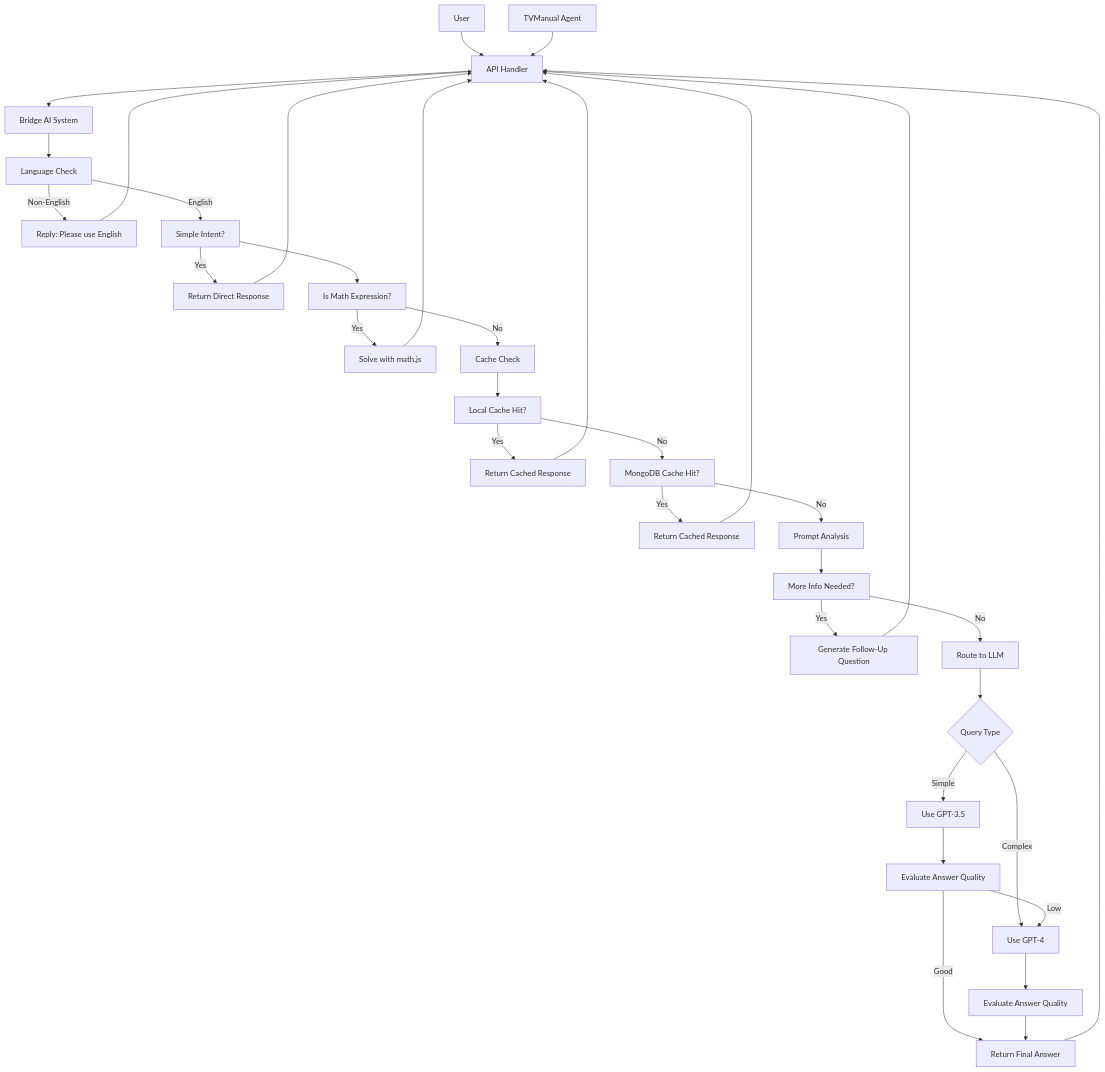
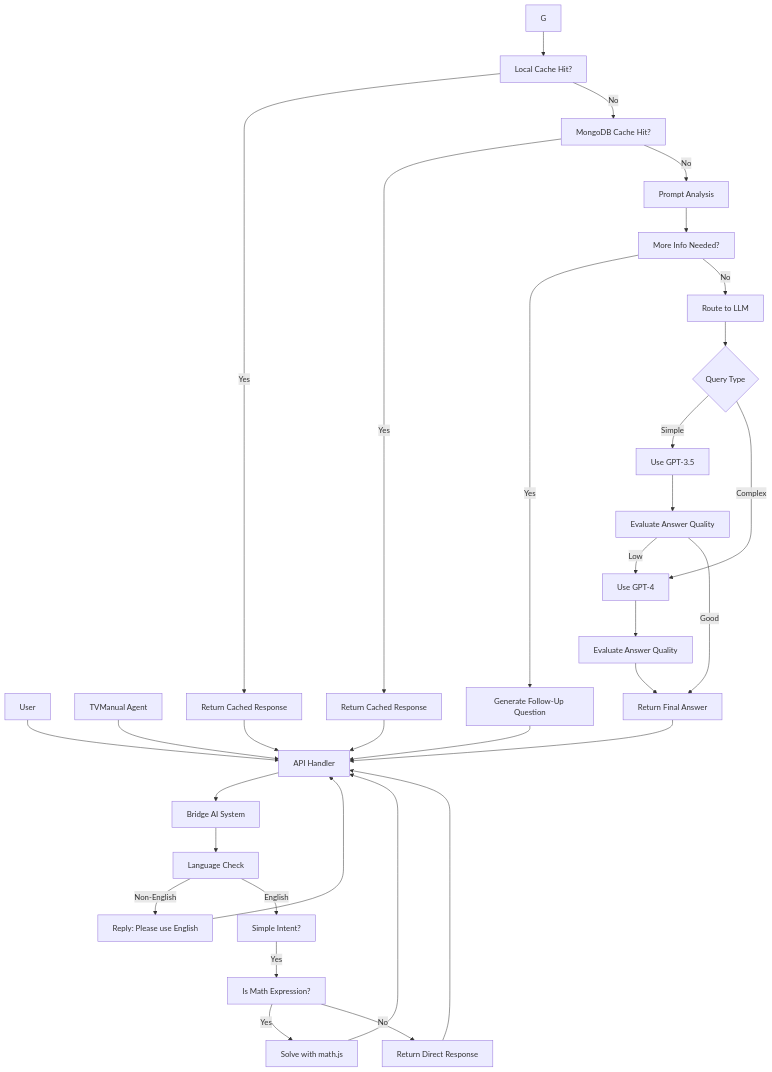
The diagram in llm_bridge/README.md (yana-g/bridge-ai), drawn with Mermaid before and after one commit.

Commit message:
Update llm_bridge README

````diff
--- a/llm_bridge/README.md
+++ b/llm_bridge/README.md
@@ -42,49 +42,47 @@
 ```mermaid
 flowchart TD
     A1[User]
     A2[TVManual Agent]
 
     A1 --> B[API Handler]
     A2 --> B
 
     B --> C[Bridge AI System]
 
     C --> D[Language Check]
     D -->|Non-English| D1[Reply: Please use English]
     D -->|English| E[Simple Intent?]
-    E -->|Yes| E1[Return Direct Response]
-    E --> F[Is Math Expression?]
-
+    E -->|Yes| F[Is Math Expression?]
     F -->|Yes| F1[Solve with math.js]
     F1 --> B
+    F -->|No| E1[Return Direct Response]
 
-    F -->|No| G[Cache Check]
     G --> G1[Local Cache Hit?]
     G1 -->|Yes| G2[Return Cached Response]
     G1 -->|No| G3[MongoDB Cache Hit?]
     G3 -->|Yes| G4[Return Cached Response]
     G3 -->|No| H[Prompt Analysis]
 
     H --> H1[More Info Needed?]
     H1 -->|Yes| H2[Generate Follow-Up Question]
     H2 --> B
     H1 -->|No| I[Route to LLM]
 
     I --> I1{Query Type}
     I1 -->|Simple| J[Use GPT-3.5]
     I1 -->|Complex| K[Use GPT-4]
 
     J --> J1[Evaluate Answer Quality]
     J1 -->|Low| K
     J1 -->|Good| L[Return Final Answer]
 
     K --> K1[Evaluate Answer Quality]
     K1 --> L
 
     %% Return paths to API
     D1 --> B
     E1 --> B
     G2 --> B
     G4 --> B
     L --> B
 ```
````
